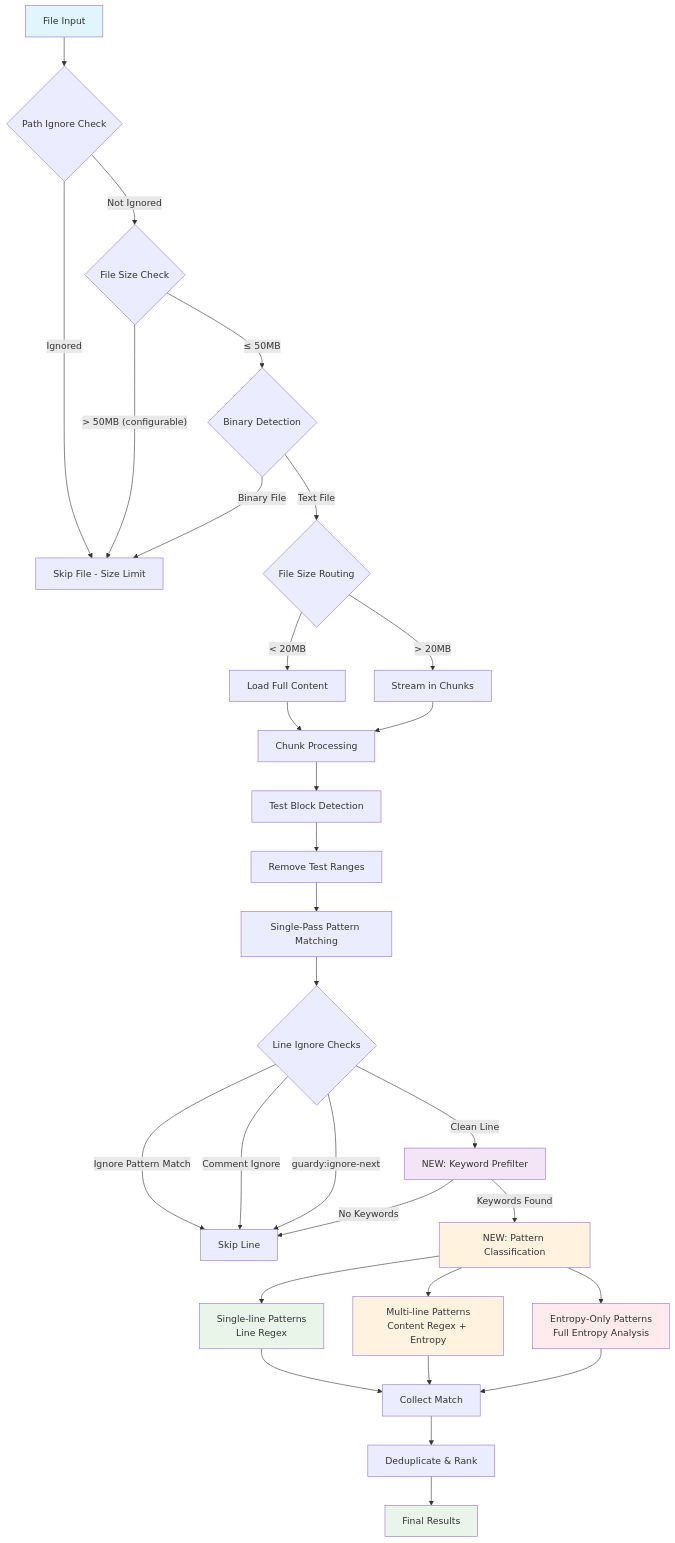
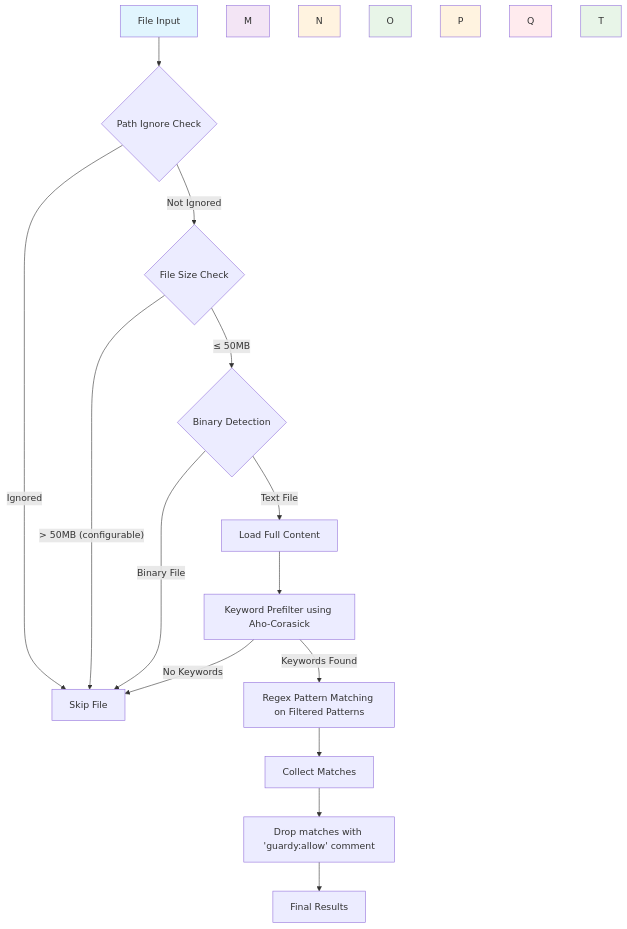
One commit to deepbrainspace/guardy changed the diagram in plans/plan_optimized_scanner.md. Above: the diagram before and after it, drawn with Mermaid.

Commit message:
feat: optimized for single sweep.

````diff
--- a/plans/plan_optimized_scanner.md
+++ b/plans/plan_optimized_scanner.md
@@ -19,40 +19,24 @@
 ```mermaid
 graph TD
     A[File Input] --> B{Path Ignore Check}
     B -->|Ignored| Z[Skip File]
     B -->|Not Ignored| C{File Size Check}
-    C -->|"&gt; 50MB (configurable)"| Z[Skip File - Size Limit]
+    C -->|"&gt; 50MB (configurable)"| Z[Skip File]
     C -->|"≤ 50MB"| D{Binary Detection}
     D -->|Binary File| Z
-    D -->|Text File| E{File Size Routing}
-    E -->|"&lt; 20MB"| F[Load Full Content]
-    E -->|"&gt; 20MB"| G[Stream in Chunks]
-    F --> H[Chunk Processing]
-    G --> H
-    H --> I[Test Block Detection]
-    I --> J[Remove Test Ranges]
-    J --> K[Single-Pass Pattern Matching]
-    K --> L{Line Ignore Checks}
-    L -->|Ignore Pattern Match| Z2[Skip Line]
-    L -->|Comment Ignore| Z2
-    L -->|guardy:ignore-next| Z2
-    L -->|Clean Line| M[NEW: Keyword Prefilter]
-    M -->|No Keywords| Z2
-    M -->|Keywords Found| N[NEW: Pattern Classification]
-    N --> O[Single-line Patterns<br/>Line Regex]
-    N --> P[Multi-line Patterns<br/>Content Regex + Entropy]
-    N --> Q[Entropy-Only Patterns<br/>Full Entropy Analysis]
-    O --> R[Collect Match]
-    P --> R
-    Q --> R
-    R --> S[Deduplicate & Rank]
-    S --> T[Final Results]
+    D -->|Text File| G[Load Full Content]
+    G --> H[Keyword Prefilter using Aho-Corasick]
+    H -->|No Keywords| Z[Skip File]
+    H -->|Keywords Found| I[Regex Pattern Matching on Filtered Patterns]
+    I --> J[Collect Matches]
+    J --> K[Drop matches with 'guardy:allow' comment]
+    K --> L[Final Results]
     
     style A fill:#e1f5fe
     style M fill:#f3e5f5
     style N fill:#fff3e0
     style O fill:#e8f5e8
     style P fill:#fff3e0
     style Q fill:#ffebee
     style T fill:#e8f5e8
 ```
````
